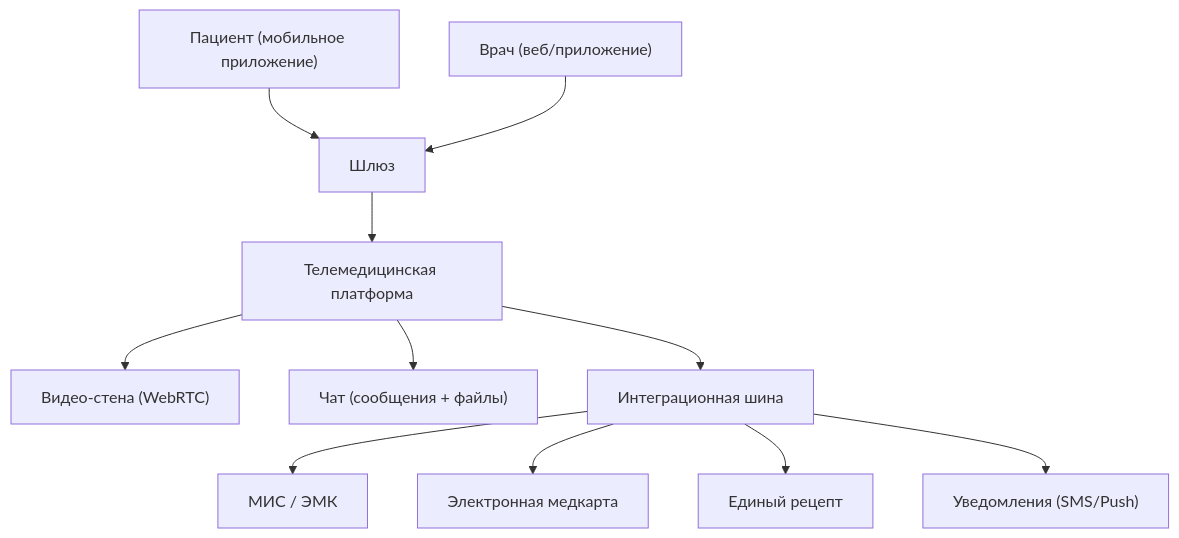
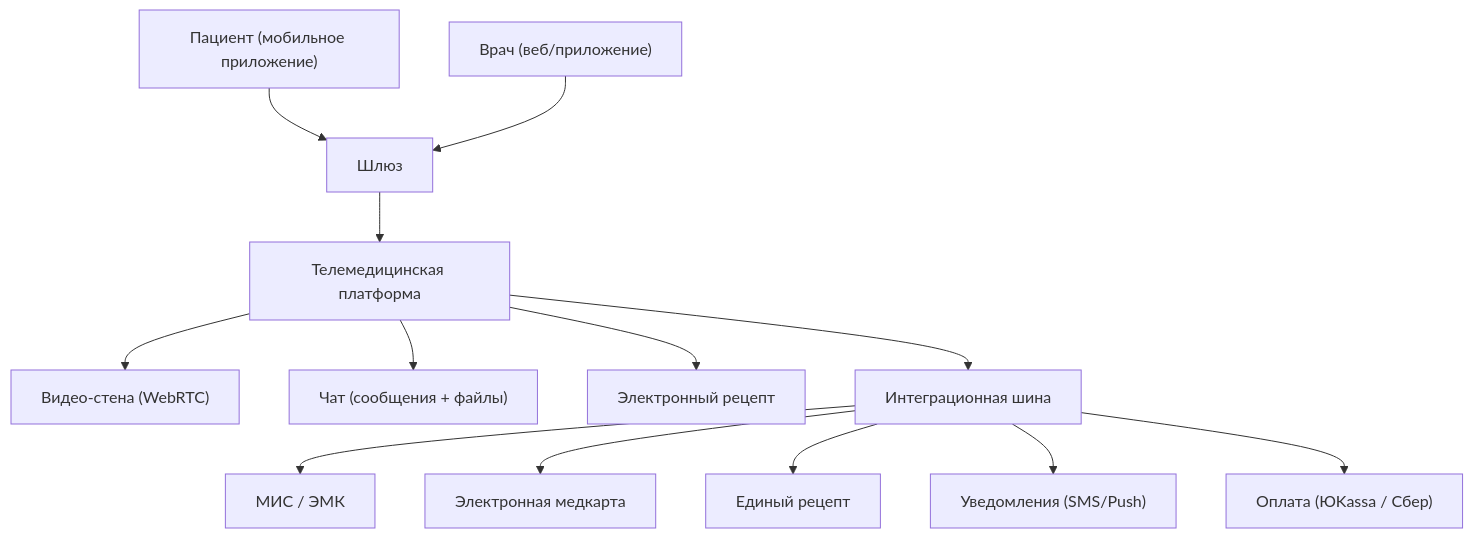
One commit to sergeyodnoval-bot/sysanalyst-kb.github.io changed the first of 2 diagrams in docs/specialization/medtech-telemedicine.md. Above: the diagram before and after it, drawn with Mermaid. The commit also changed other lines of this file and 13 other files, not shown here.

````diff
--- a/docs/specialization/medtech-telemedicine.md
+++ b/docs/specialization/medtech-telemedicine.md
@@ -31,13 +54,15 @@
 ```mermaid
 flowchart TD
     P["Пациент (мобильное приложение)"] --> GW["Шлюз"]
     D["Врач (веб/приложение)"] --> GW
     GW --> MED["Телемедицинская платформа"]
     MED --> VIDEO["Видео-стена (WebRTC)"]
     MED --> CHAT["Чат (сообщения + файлы)"]
+    MED --> REC["Электронный рецепт"]
     MED --> INT["Интеграционная шина"]
     INT --> MIS["МИС / ЭМК"]
     INT --> EMR["Электронная медкарта"]
     INT --> RECIPE["Единый рецепт"]
     INT --> NOTIF["Уведомления (SMS/Push)"]
+    INT --> PAY["Оплата (ЮKassa / Сбер)"]
 ```
````
